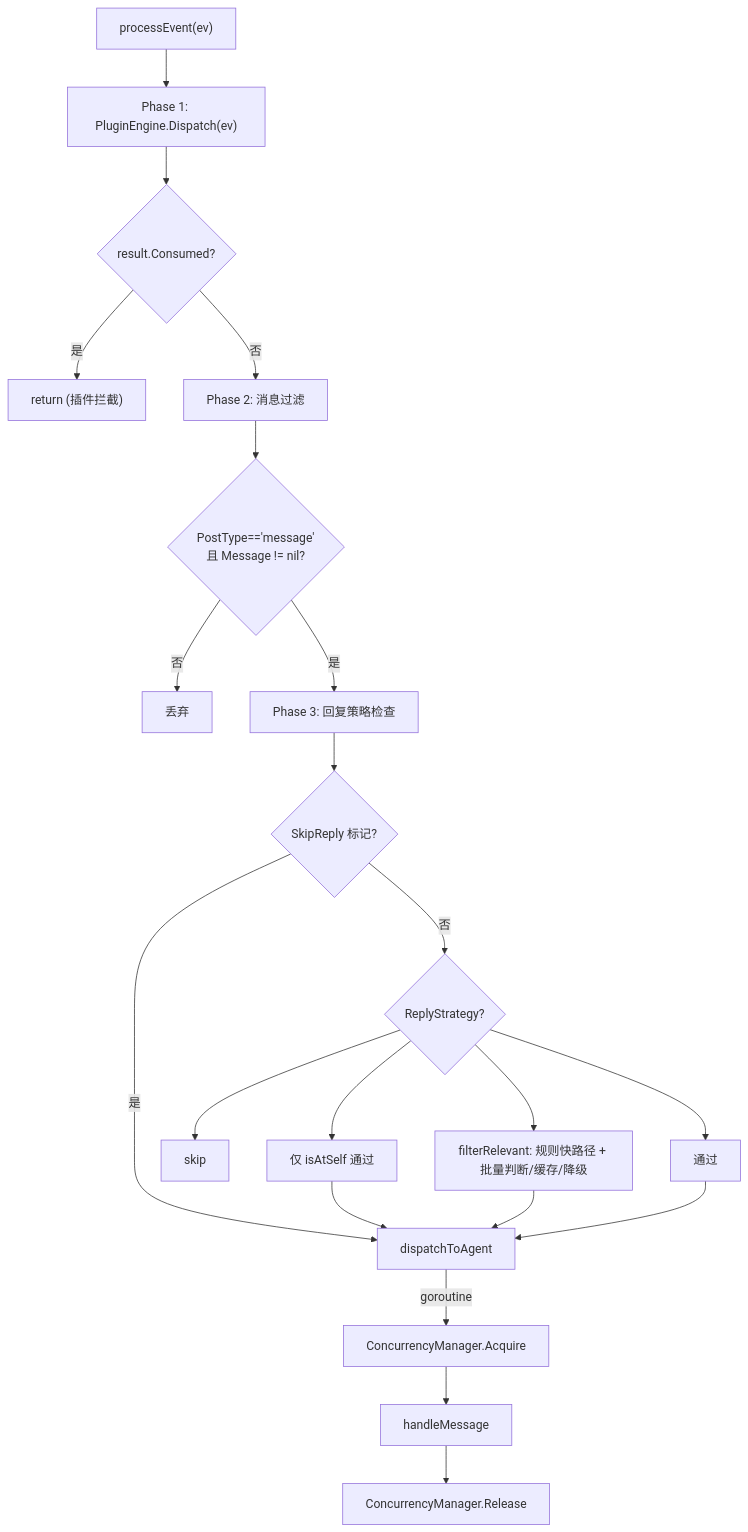
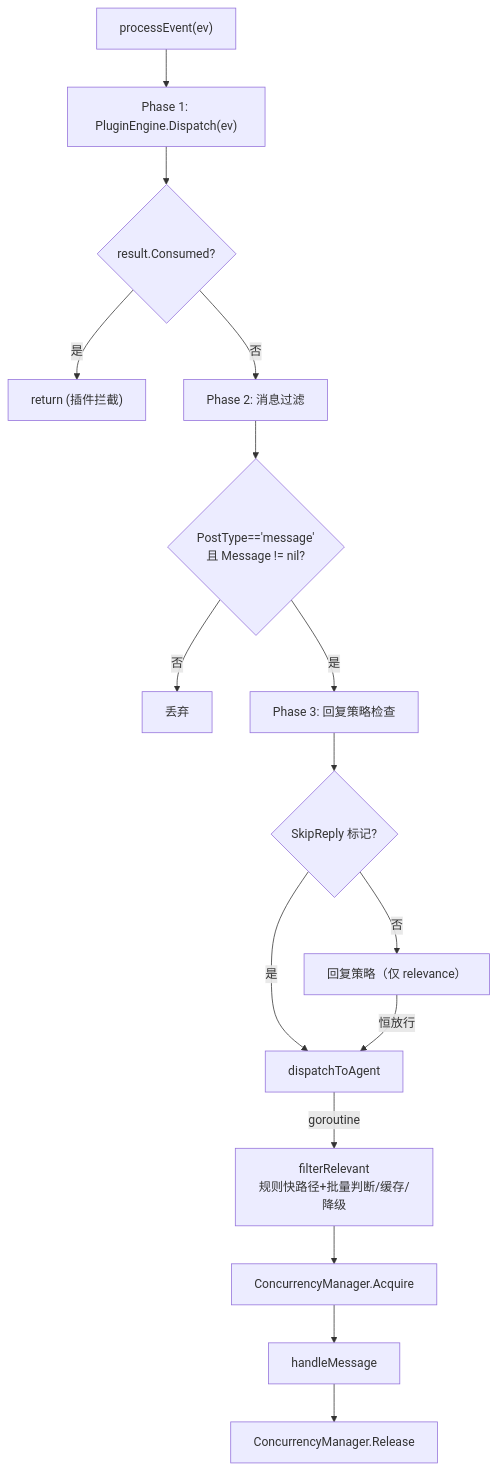
Before and after one commit to JuanNiangDev/JuanNiang-Neo: the seventh of 14 diagrams in docs/project-details.md, drawn with Mermaid. The commit also changed other lines of this file and 10 other files, not shown here.

````diff
--- a/docs/project-details.md
+++ b/docs/project-details.md
@@ -491,23 +490,18 @@
 ```mermaid
 flowchart TD
   Start["processEvent(ev)"] --> P1["Phase 1: PluginEngine.Dispatch(ev)"]
   P1 --> C1{"result.Consumed?"}
   C1 -->|是| Done["return (插件拦截)"]
   C1 -->|否| P2["Phase 2: 消息过滤"]
   P2 --> P2C{"PostType=='message'<br/>且 Message != nil?"}
   P2C -->|否| Drop["丢弃"]
   P2C -->|是| P3["Phase 3: 回复策略检查"]
   P3 --> P3C{"SkipReply 标记?"}
   P3C -->|是| DA["dispatchToAgent"]
-  P3C -->|否| STR{"ReplyStrategy?"}
-  STR --> never_reply["skip"]
-  STR --> at_only["仅 isAtSelf 通过"]
-  STR --> relevance["filterRelevant: 规则快路径 + 批量判断/缓存/降级"]
-  STR --> always["通过"]
-  at_only --> DA
-  relevance --> DA
-  always --> DA
-  DA -->|goroutine| CM["ConcurrencyManager.Acquire"]
+  P3C -->|否| STR["回复策略（仅 relevance）"]
+  STR -->|恒放行| DA["dispatchToAgent"]
+  DA -->|goroutine| FB["filterRelevant<br/>规则快路径+批量判断/缓存/降级"]
+  FB --> CM["ConcurrencyManager.Acquire"]
   CM --> HM["handleMessage"]
   HM --> CMR["ConcurrencyManager.Release"]
 ```
````
